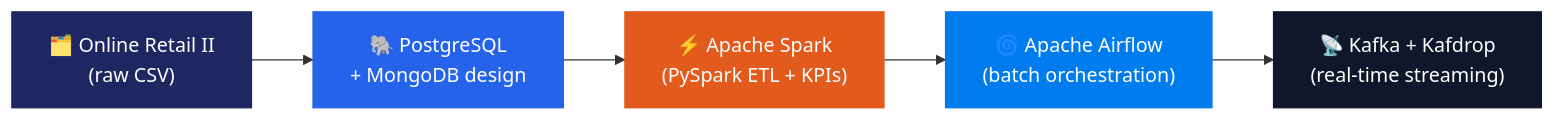
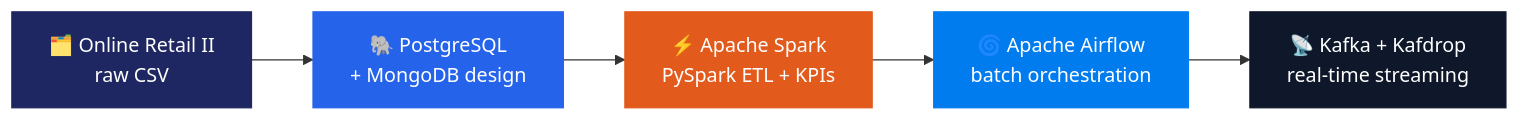
One commit to VahajUrRehman/Big-Data-Analysis- changed the first of 2 diagrams in README.md. Above: the diagram before and after it, drawn with Mermaid. The commit also changed other lines of this file, not shown here.

Commit message:
Fix Mermaid diagram syntax breaking README rendering on GitHub
Replace \n line-break escapes in flowchart node labels with <br/> and
quote all labels. The \n escapes appear to crash GitHub's Mermaid
renderer, which was causing the entire README to fall back to raw
unrendered text instead of formatted markdown.

Claude-Session: https://claude.ai/code/session_01N3eeEGADDVYnZAKm1oxBiR

````diff
--- a/README.md
+++ b/README.md
@@ -28,13 +28,13 @@
 ```mermaid
 flowchart LR
-    A["🗂️ Online Retail II\n(raw CSV)"] --> B["🐘 PostgreSQL\n+ MongoDB design"]
-    B --> C["⚡ Apache Spark\n(PySpark ETL + KPIs)"]
-    C --> D["🌀 Apache Airflow\n(batch orchestration)"]
-    D --> E["📡 Kafka + Kafdrop\n(real-time streaming)"]
+    A["🗂️ Online Retail II<br/>raw CSV"] --> B["🐘 PostgreSQL<br/>+ MongoDB design"]
+    B --> C["⚡ Apache Spark<br/>PySpark ETL + KPIs"]
+    C --> D["🌀 Apache Airflow<br/>batch orchestration"]
+    D --> E["📡 Kafka + Kafdrop<br/>real-time streaming"]
 
     style A fill:#1e2761,stroke:#1e2761,color:#fff
     style B fill:#2563eb,stroke:#2563eb,color:#fff
     style C fill:#e25a1c,stroke:#e25a1c,color:#fff
     style D fill:#017cee,stroke:#017cee,color:#fff
     style E fill:#0f172a,stroke:#0f172a,color:#fff
 ```
````
